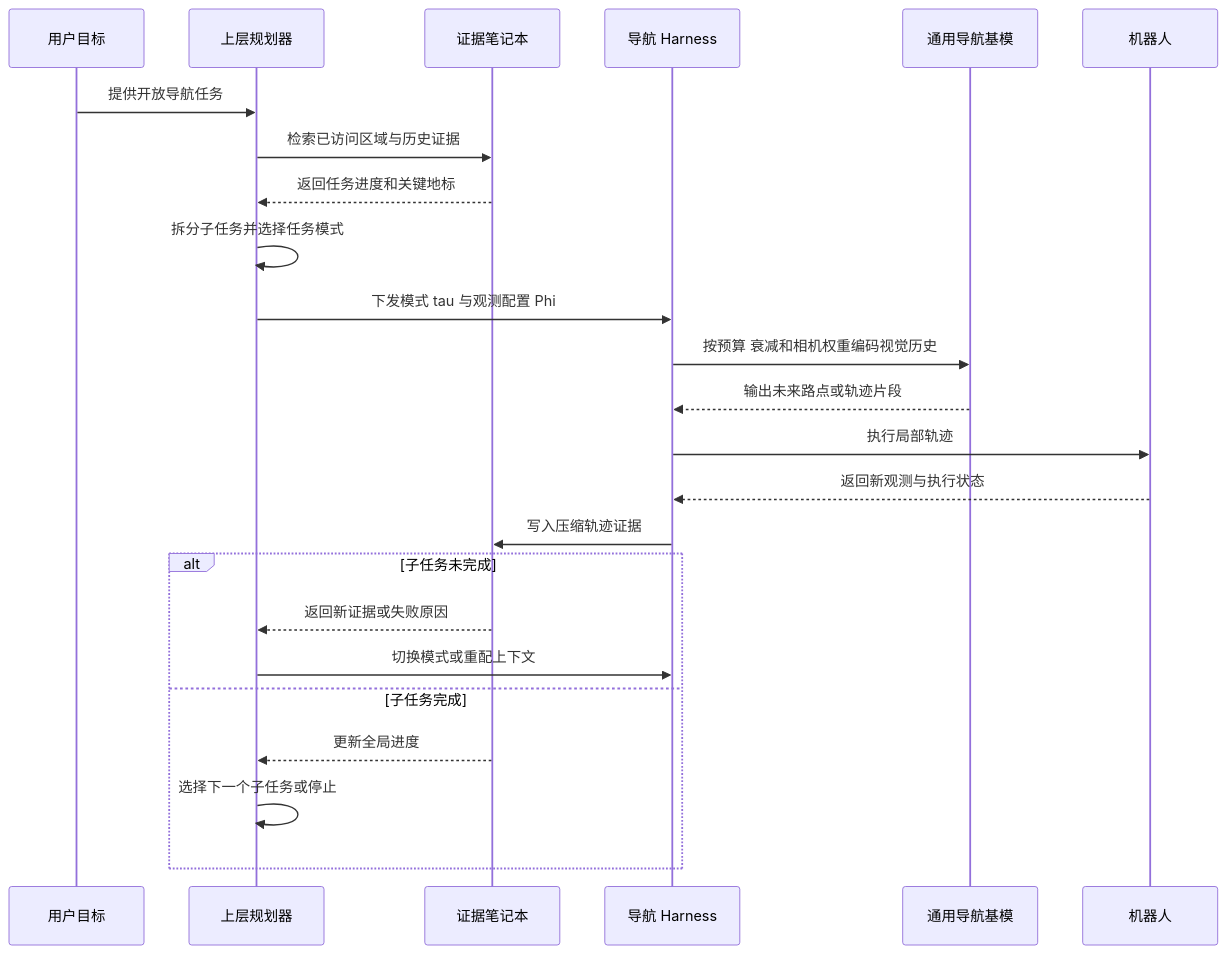
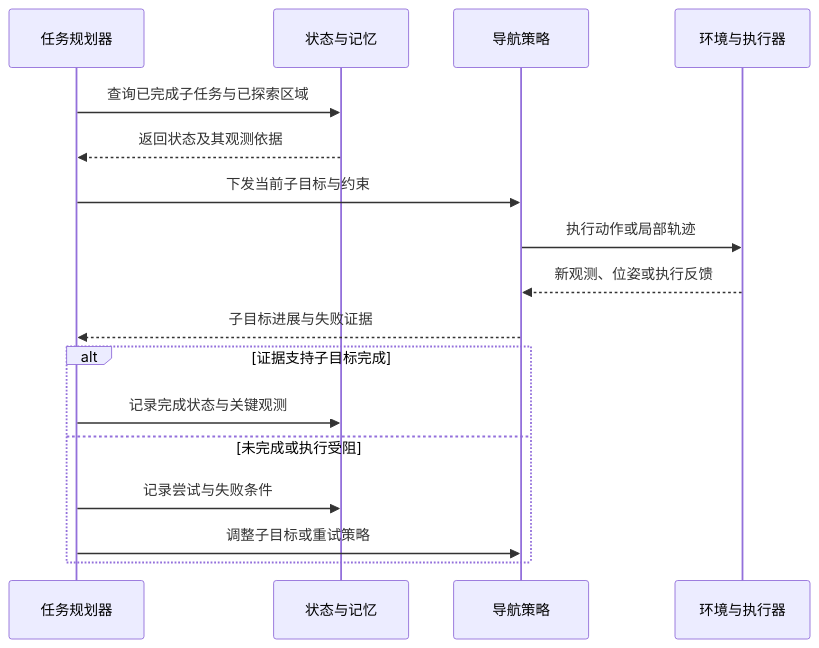
One commit to TingdeLiu/tingdeliu.github.io changed the sixth of 13 diagrams in _posts/research/2026-01-04-VLN-Survey.md. Above: the diagram before and after it, drawn with Mermaid. The commit also changed other lines of this file and 1 other file, not shown here.

````diff
--- a/_posts/research/2026-01-04-VLN-Survey.md
+++ b/_posts/research/2026-01-04-VLN-Survey.md
@@ -381,26 +387,19 @@
 ```mermaid
 sequenceDiagram
-    participant U as 用户目标
-    participant P as 上层规划器
-    participant N as 证据笔记本
-    participant H as 导航 Harness
-    participant Q as 通用导航基模
-    participant R as 机器人
-    U->>P: 提供开放导航任务
-    P->>N: 检索已访问区域与历史证据
-    N-->>P: 返回任务进度和关键地标
-    P->>P: 拆分子任务并选择任务模式
-    P->>H: 下发模式 tau 与观测配置 Phi
-    H->>Q: 按预算 衰减和相机权重编码视觉历史
-    Q-->>H: 输出未来路点或轨迹片段
-    H->>R: 执行局部轨迹
-    R-->>H: 返回新观测与执行状态
-    H->>N: 写入压缩轨迹证据
-    alt 子任务未完成
-        N-->>P: 返回新证据或失败原因
-        P->>H: 切换模式或重配上下文
-    else 子任务完成
-        N-->>P: 更新全局进度
-        P->>P: 选择下一个子任务或停止
+    participant Planner as 任务规划器
+    participant Memory as 状态与记忆
+    participant Navigator as 导航策略
+    participant Env as 环境与执行器
+    Planner->>Memory: 查询已完成子任务与已探索区域
+    Memory-->>Planner: 返回状态及其观测依据
+    Planner->>Navigator: 下发当前子目标与约束
+    Navigator->>Env: 执行动作或局部轨迹
+    Env-->>Navigator: 新观测、位姿或执行反馈
+    Navigator-->>Planner: 子目标进展与失败证据
+    alt 证据支持子目标完成
+        Planner->>Memory: 记录完成状态与关键观测
+    else 未完成或执行受阻
+        Planner->>Memory: 记录尝试与失败条件
+        Planner->>Navigator: 调整子目标或重试策略
     end
 ```
````
